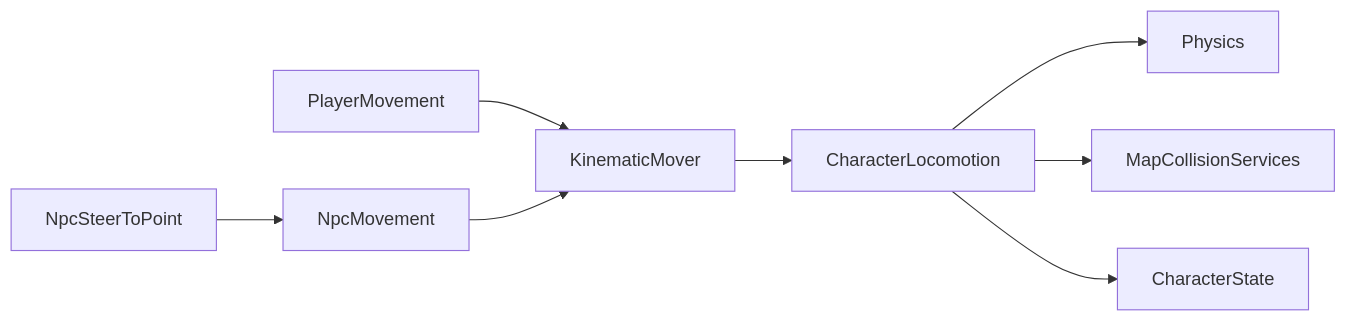
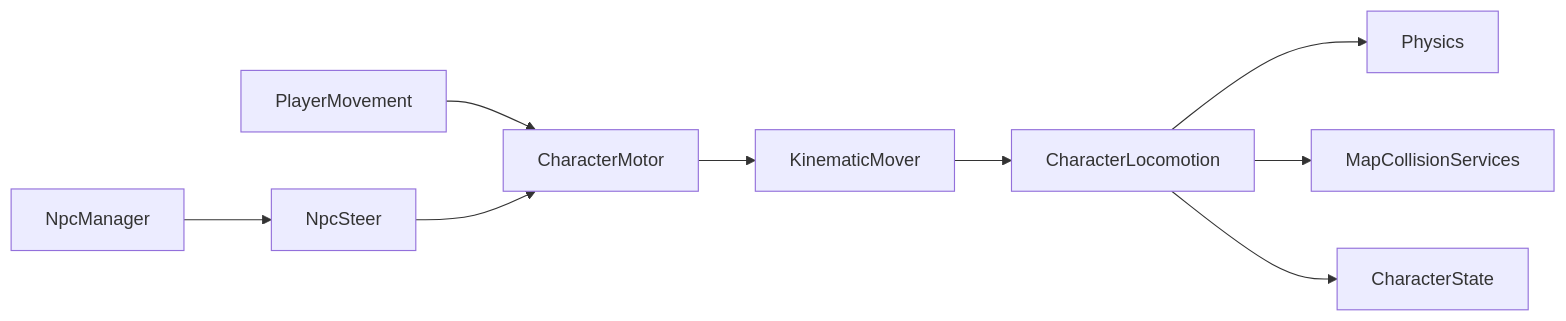
The diagram in docs/locomotion/LOCOMOTION.md (garunnir/Project_Pictureless), drawn with Mermaid before and after one commit. The commit also changed other lines of this file and 24 other files, not shown here.

First line of the commit message:
Add CharacterMotor and centralized NpcManager

````diff
--- a/docs/locomotion/LOCOMOTION.md
+++ b/docs/locomotion/LOCOMOTION.md
@@ -11,10 +11,11 @@
 ```mermaid
 flowchart LR
-    PlayerMovement --> KinematicMover
-    NpcSteerToPoint --> NpcMovement
-    NpcMovement --> KinematicMover
+    PlayerMovement --> CharacterMotor
+    NpcManager --> NpcSteer
+    NpcSteer --> CharacterMotor
+    CharacterMotor --> KinematicMover
     KinematicMover --> CharacterLocomotion
     CharacterLocomotion --> Physics
     CharacterLocomotion --> MapCollisionServices
     CharacterLocomotion --> CharacterState
 ```
````
